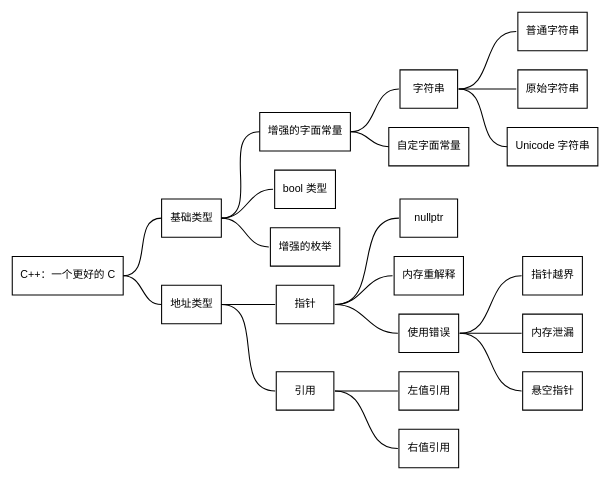
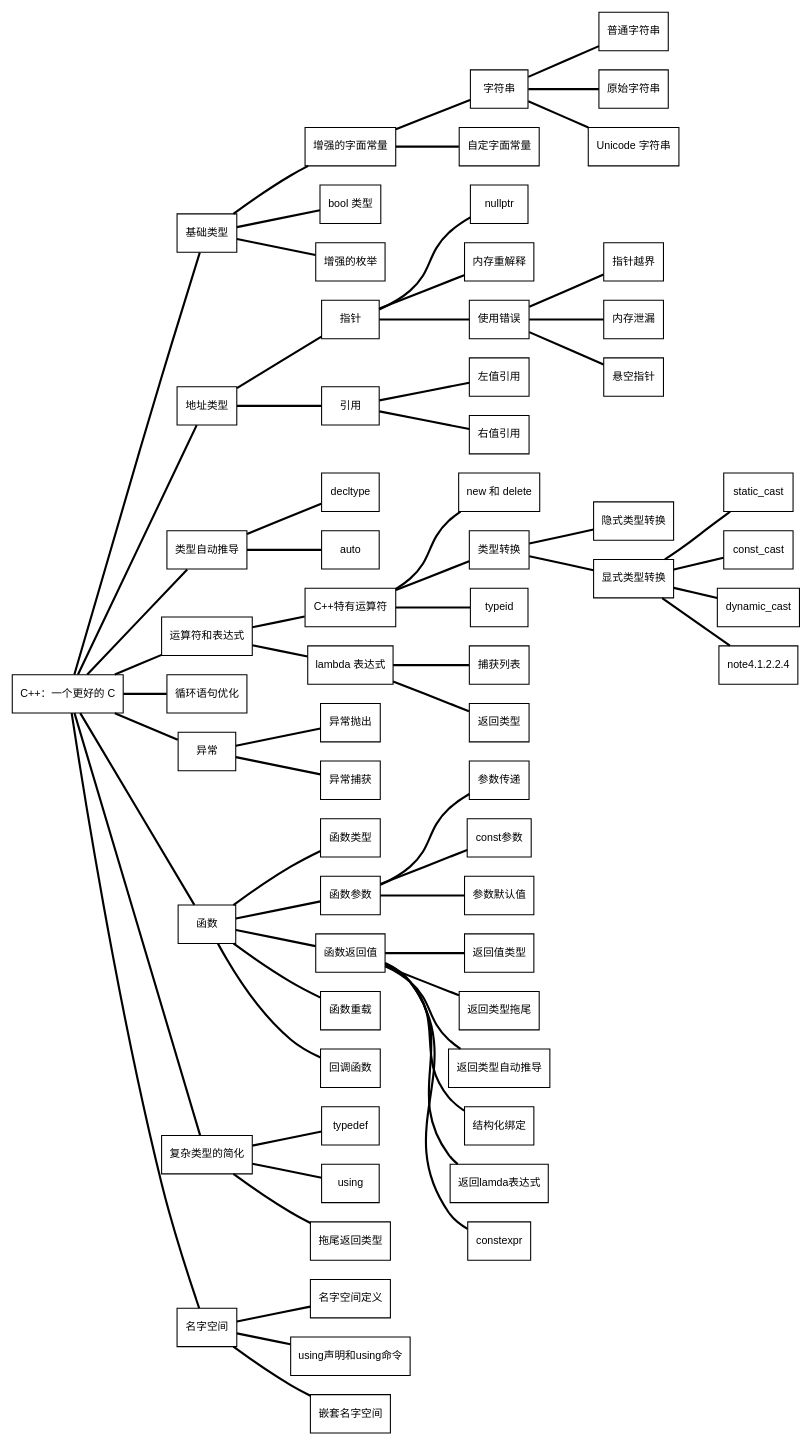
The diagram in docs/ReadingNotes/cpp_modern_approach/img/cpp-a-better-c.dot (InzamZ/Notes_Public), drawn with Graphviz before and after one commit. The commit also changed 2 other files, not shown here.

Commit message:
docs(C++程序设计现代方法): 更新第一第二章思维导图

```diff
--- a/docs/ReadingNotes/cpp_modern_approach/img/cpp-a-better-c.dot
+++ b/docs/ReadingNotes/cpp_modern_approach/img/cpp-a-better-c.dot
@@ -1,49 +1,137 @@
 graph g {
     fontname="Helvetica,Arial,sans-serif"
     node [fontname="Helvetica,Arial,sans-serif"]
     edge [fontname="Helvetica,Arial,sans-serif"]
     rankdir="LR"
     node [fontsize=10, shape=box, height=0.5]
-    edge [arrowhead=none, weight=50,headport="w",tailport="e",constraint=true,weight=1000]
+    edge [arrowhead=none, weight=50,constraint=true,weight=1000,penwidth=2]
     "title" [ label = "C++：一个更好的 C" ]
     "subtitle1" [ label = "基础类型" ]
     title -- subtitle1
     "note1" [ label = "增强的字面常量" ]
     subtitle1 -- note1
     "note1.1" [ label = "字符串" ]
     "note1" -- "note1.1"
     "note1.1.1" [ label = "普通字符串" ]
     "note1.1.2" [ label = "原始字符串" ]
     "note1.1.3" [ label = "Unicode 字符串" ]
     "note1.1" -- "note1.1.1"
     "note1.1" -- "note1.1.2"
     "note1.1" -- "note1.1.3"
     "note1.2" [ label = "自定字面常量" ]
     "note1" -- "note1.2"
     "note2" [ label = "bool 类型" ]
     "note3" [ label = "增强的枚举" ]
     "subtitle1" -- "note2"
     "subtitle1" -- "note3"
     "subtitle2" [ label = "地址类型" ]
-    title -- subtitle2
+    "title" -- "subtitle2"
     "note2.1" [ label = "指针" ]
     "subtitle2" -- "note2.1"
     "note2.1.1" [ label = "nullptr" ]
     "note2.1.2" [ label = "内存重解释" ]
     "note2.1.3" [ label = "使用错误" ]
     "note2.1.3.1" [ label = "指针越界" ]
     "note2.1.3.2" [ label = "内存泄漏" ]
     "note2.1.3.3" [ label = "悬空指针" ]
     "note2.1.3" -- "note2.1.3.1"
     "note2.1.3" -- "note2.1.3.2"
     "note2.1.3" -- "note2.1.3.3"
     "note2.1" -- "note2.1.1"
     "note2.1" -- "note2.1.2"
     "note2.1" -- "note2.1.3"
     "note2.2" [ label = "引用" ]
     "subtitle2" -- "note2.2"
     "note2.2.1" [ label = "左值引用" ]
     "note2.2.2" [ label = "右值引用" ]
     "note2.2" -- "note2.2.1"
     "note2.2" -- "note2.2.2"
+    "subtitle3" [ label = "类型自动推导" ]
+    "title" -- "subtitle3"
+    "note3.1" [ label = "decltype" ]
+    "subtitle3" -- "note3.1"
+    "note3.2" [ label = "auto" ]
+    "subtitle3" -- "note3.2"
+    "subtitle4" [ label = "运算符和表达式" ]
+    "title" -- "subtitle4"
+    "subtitle4.1" [ label = "C++特有运算符" ]
+    "subtitle4" -- "subtitle4.1"
+    "note4.1.1" [ label = "new 和 delete" ]
+    "note4.1.2" [ label = "类型转换" ]
+    "note4.1.2.1" [ label = "隐式类型转换" ]
+    "note4.1.2.2" [ label = "显式类型转换" ]
+    "note4.1.2.2.1" [ label = "static_cast" ]
+    "note4.1.2.2.2" [ label = "const_cast" ]
+    "note4.1.2.2.3" [ label = "reinterpret_cast" ]
+    "note4.1.2.2.3" [ label = "dynamic_cast" ]
+    "note4.1.2.2" -- "note4.1.2.2.1"
+    "note4.1.2.2" -- "note4.1.2.2.2"
+    "note4.1.2.2" -- "note4.1.2.2.3"
+    "note4.1.2.2" -- "note4.1.2.2.4"
+    "note4.1.2" -- "note4.1.2.1"
+    "note4.1.2" -- "note4.1.2.2"
+    "note4.1.3" [ label = "typeid" ]
+    "subtitle4.1" -- "note4.1.1"
+    "subtitle4.1" -- "note4.1.2"
+    "subtitle4.1" -- "note4.1.3"
+    "note4.2" [ label = "lambda 表达式" ]
+    "subtitle4" -- "note4.2"
+    "note4.2.1" [ label = "捕获列表" ]
+    "note4.2.2" [ label = "返回类型" ]
+    "note4.2" -- "note4.2.1"
+    "note4.2" -- "note4.2.2"
+    "subtitle5" [ label = "循环语句优化" ]
+    "title" -- "subtitle5"
+    "subtitle6" [ label = "异常" ]
+    "title" -- "subtitle6"
+    "note6.1" [ label = "异常抛出" ]
+    "subtitle6" -- "note6.1"
+    "note6.2" [ label = "异常捕获" ]
+    "subtitle6" -- "note6.2"
+    "subtitle7" [ label = "函数" ]
+    "title" -- "subtitle7"
+    "note7.1" [ label = "函数类型" ]
+    "subtitle7" -- "note7.1"
+    "note7.2" [ label = "函数参数" ]
+    "note7.2.1" [ label = "参数传递" ]
+    "note7.2.2" [ label = "const参数" ]
+    "note7.2.3" [ label = "参数默认值" ]
+    "note7.2" -- "note7.2.1"
+    "note7.2" -- "note7.2.2"
+    "note7.2" -- "note7.2.3"
+    "subtitle7" -- "note7.2"
+    "note7.3" [ label = "函数返回值" ]
+    "subtitle7" -- "note7.3"
+    "note7.3.1" [ label = "返回值类型" ]
+    "note7.3.2" [ label = "返回类型拖尾" ]
+    "note7.3.3" [ label = "返回类型自动推导" ]
+    "note7.3.4" [ label = "结构化绑定" ]
+    "note7.3.5" [ label = "返回lamda表达式" ]
+    "note7.3.6" [ label = "constexpr" ]
+    "note7.3" -- "note7.3.1"
+    "note7.3" -- "note7.3.2"
+    "note7.3" -- "note7.3.3"
+    "note7.3" -- "note7.3.4"
+    "note7.3" -- "note7.3.5"
+    "note7.3" -- "note7.3.6"
+    "note7.4" [ label = "函数重载" ]
+    "subtitle7" -- "note7.4"
+    "note7.5" [ label = "回调函数" ]
+    "subtitle7" -- "note7.5"
+    "subtitle8" [ label = "复杂类型的简化" ]
+    "title" -- "subtitle8"
+    "note8.1" [ label = "typedef" ]
+    "subtitle8" -- "note8.1"
+    "note8.2" [ label = "using" ]
+    "subtitle8" -- "note8.2"
+    "note8.3" [ label = "拖尾返回类型" ]
+    "subtitle8" -- "note8.3"
+    "subtitle9" [ label = "名字空间" ]
+    "title" -- "subtitle9"
+    "note9.1" [ label = "名字空间定义" ]
+    "note9.2" [ label = "using声明和using命令" ]
+    "note9.3" [ label = "嵌套名字空间" ]
+    "subtitle9" -- "note9.1"
+    "subtitle9" -- "note9.2"
+    "subtitle9" -- "note9.3"
 }
```
